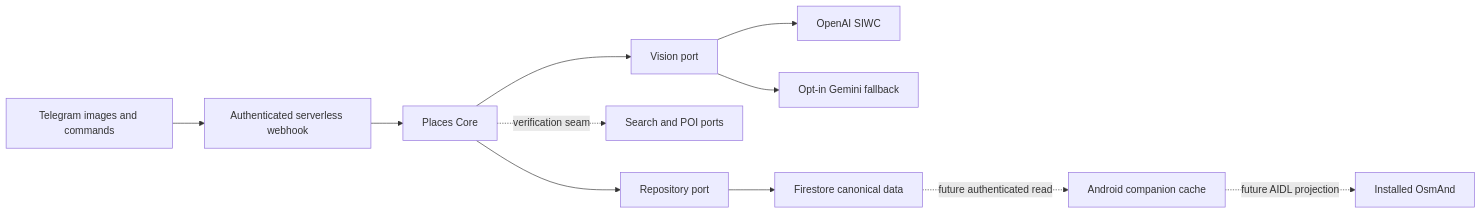
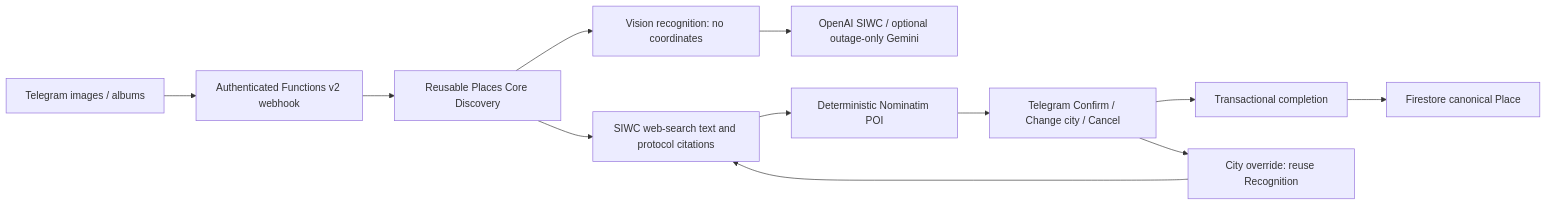
Before and after one commit to dd64ru/Mom-I-am-OK-find-places: the diagram in docs/architecture.md, drawn with Mermaid. The commit also changed other lines of this file and 35 other files, not shown here.

Commit message:
Implement Telegram place verification and transactional confirmation

````diff
--- a/docs/architecture.md
+++ b/docs/architecture.md
@@ -3,13 +3,14 @@
 ```mermaid
 flowchart LR
-  T[Telegram images and commands] --> W[Authenticated serverless webhook]
-  W --> C[Places Core]
-  C --> V[Vision port]
-  V --> O[OpenAI SIWC]
-  V --> G[Opt-in Gemini fallback]
-  C -. verification seam .-> S[Search and POI ports]
-  C --> R[Repository port]
-  R --> F[Firestore canonical data]
-  F -. future authenticated read .-> A[Android companion cache]
-  A -. future AIDL projection .-> M[Installed OsmAnd]
+  T[Telegram images / albums] --> W[Authenticated Functions v2 webhook]
+  W --> C[Reusable Places Core Discovery]
+  C --> V[Vision recognition: no coordinates]
+  V --> O[OpenAI SIWC / optional outage-only Gemini]
+  C --> S[SIWC web-search text and protocol citations]
+  S --> P[Deterministic Nominatim POI]
+  P --> Q[Telegram Confirm / Change city / Cancel]
+  Q --> X[Transactional completion]
+  X --> F[Firestore canonical Place]
+  Q --> R[City override: reuse Recognition]
+  R --> S
 ```
````
